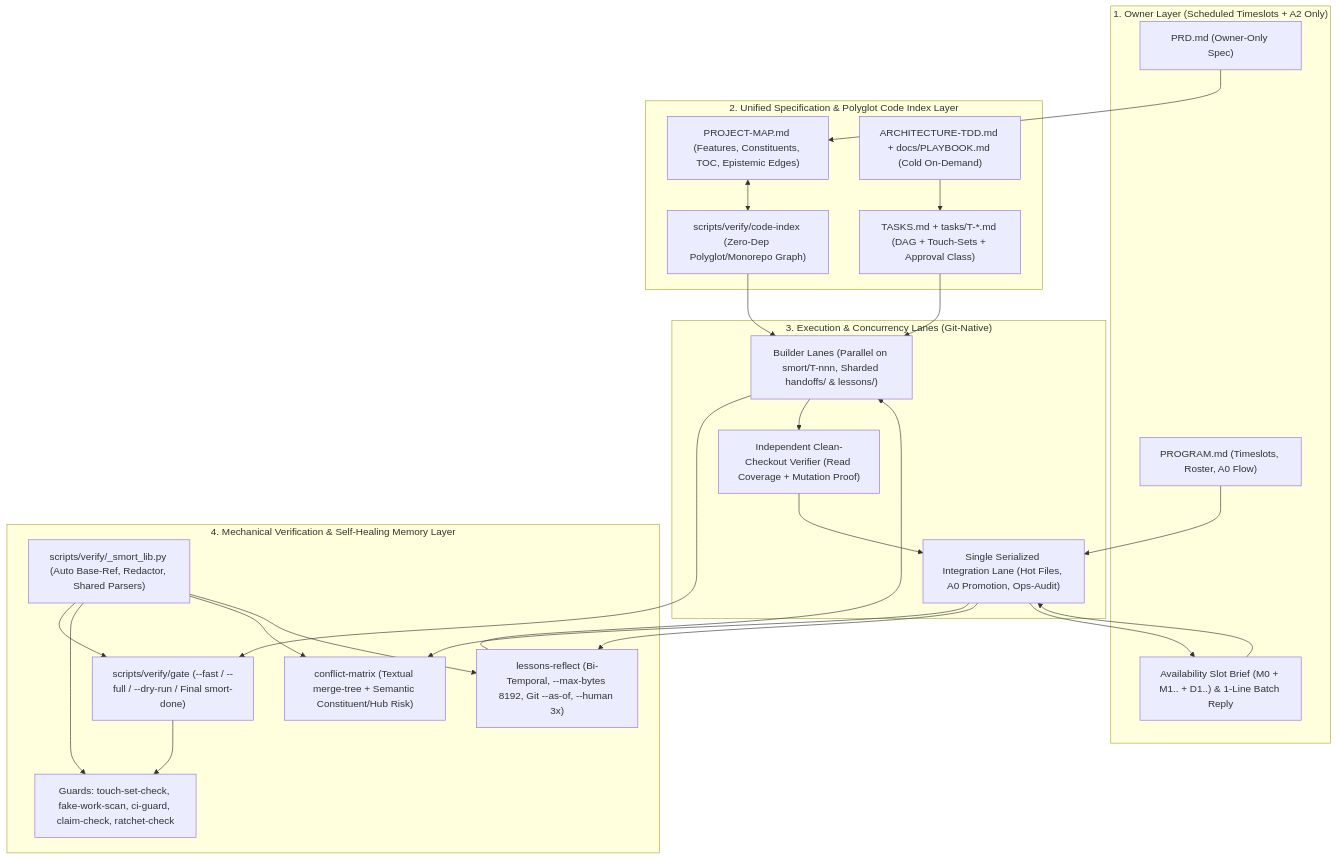
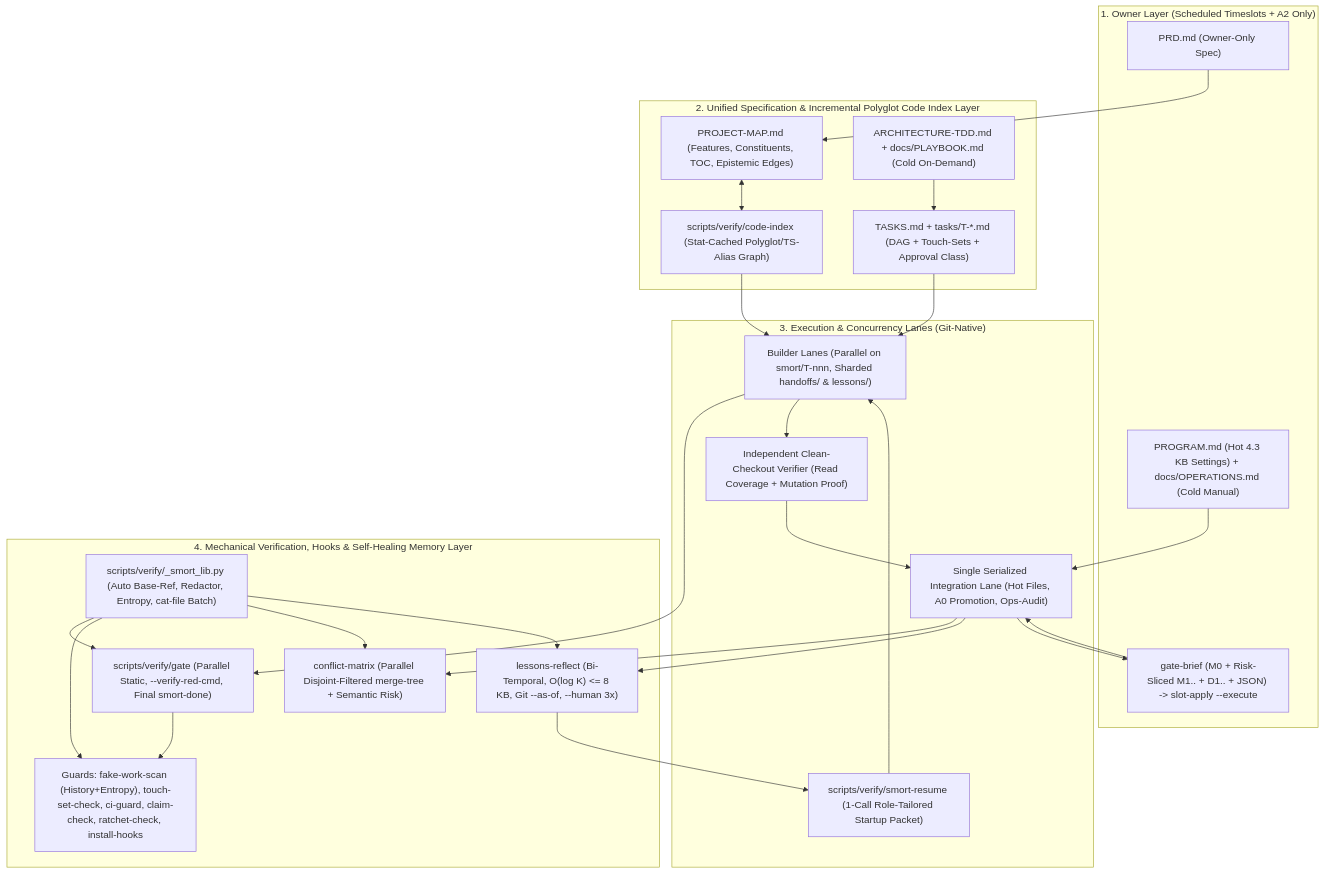
Before and after one commit to smolboon/smort: the first of 3 diagrams in README.md, drawn with Mermaid. The commit also changed other lines of this file and 3 other files, not shown here.

Commit message:
feat: upgrade to smort v7 (2026-11-25.v11) — 32 artifacts, dual Hot/Cold split, smort-resume, slot-apply, install-hooks & parallel hardened gates

````diff
--- a/README.md
+++ b/README.md
@@ -160,49 +164,51 @@
 ```mermaid
 flowchart TD
     subgraph OWNER["1. Owner Layer (Scheduled Timeslots + A2 Only)"]
         O1["PRD.md (Owner-Only Spec)"]
-        O2["PROGRAM.md (Timeslots, Roster, A0 Flow)"]
-        O3["Availability Slot Brief (M0 + M1.. + D1..) & 1-Line Batch Reply"]
+        O2["PROGRAM.md (Hot 4.3 KB Settings) + docs/OPERATIONS.md (Cold Manual)"]
+        O3["gate-brief (M0 + Risk-Sliced M1.. + D1.. + JSON) -> slot-apply --execute"]
     end
 
-    subgraph INDEX["2. Unified Specification & Polyglot Code Index Layer"]
+    subgraph INDEX["2. Unified Specification & Incremental Polyglot Code Index Layer"]
         I1["PROJECT-MAP.md (Features, Constituents, TOC, Epistemic Edges)"]
         I2["ARCHITECTURE-TDD.md + docs/PLAYBOOK.md (Cold On-Demand)"]
-        I3["scripts/verify/code-index (Zero-Dep Polyglot/Monorepo Graph)"]
+        I3["scripts/verify/code-index (Stat-Cached Polyglot/TS-Alias Graph)"]
         I4["TASKS.md + tasks/T-*.md (DAG + Touch-Sets + Approval Class)"]
     end
 
     subgraph EXEC["3. Execution & Concurrency Lanes (Git-Native)"]
+        E0["scripts/verify/smort-resume (1-Call Role-Tailored Startup Packet)"]
         E1["Builder Lanes (Parallel on smort/T-nnn, Sharded handoffs/ & lessons/)"]
         E2["Independent Clean-Checkout Verifier (Read Coverage + Mutation Proof)"]
         E3["Single Serialized Integration Lane (Hot Files, A0 Promotion, Ops-Audit)"]
     end
 
-    subgraph GATES["4. Mechanical Verification & Self-Healing Memory Layer"]
-        G0["scripts/verify/_smort_lib.py (Auto Base-Ref, Redactor, Shared Parsers)"]
-        G1["scripts/verify/gate (--fast / --full / --dry-run / Final smort-done)"]
-        G2["Guards: touch-set-check, fake-work-scan, ci-guard, claim-check, ratchet-check"]
-        G3["conflict-matrix (Textual merge-tree + Semantic Constituent/Hub Risk)"]
-        G4["lessons-reflect (Bi-Temporal, --max-bytes 8192, Git --as-of, --human 3x)"]
+    subgraph GATES["4. Mechanical Verification, Hooks & Self-Healing Memory Layer"]
+        G0["scripts/verify/_smort_lib.py (Auto Base-Ref, Redactor, Entropy, cat-file Batch)"]
+        G1["scripts/verify/gate (Parallel Static, --verify-red-cmd, Final smort-done)"]
+        G2["Guards: fake-work-scan (History+Entropy), touch-set-check, ci-guard, claim-check, ratchet-check, install-hooks"]
+        G3["conflict-matrix (Parallel Disjoint-Filtered merge-tree + Semantic Risk)"]
+        G4["lessons-reflect (Bi-Temporal, O(log K) <= 8 KB, Git --as-of, --human 3x)"]
     end
 
     O1 --> I1
     O2 --> E3
     I1 <--> I3
     I2 --> I4
+    E0 --> E1
     I4 --> E1
     I3 --> E1
     G0 --> G1
     G0 --> G2
     G0 --> G3
     G0 --> G4
     E1 --> G1
     G1 --> G2
     E1 --> E2
     E2 --> E3
     E3 --> G3
     E3 --> G4
-    G4 --> E1
+    G4 --> E0
     E3 --> O3
     O3 --> E3
 ```
````
